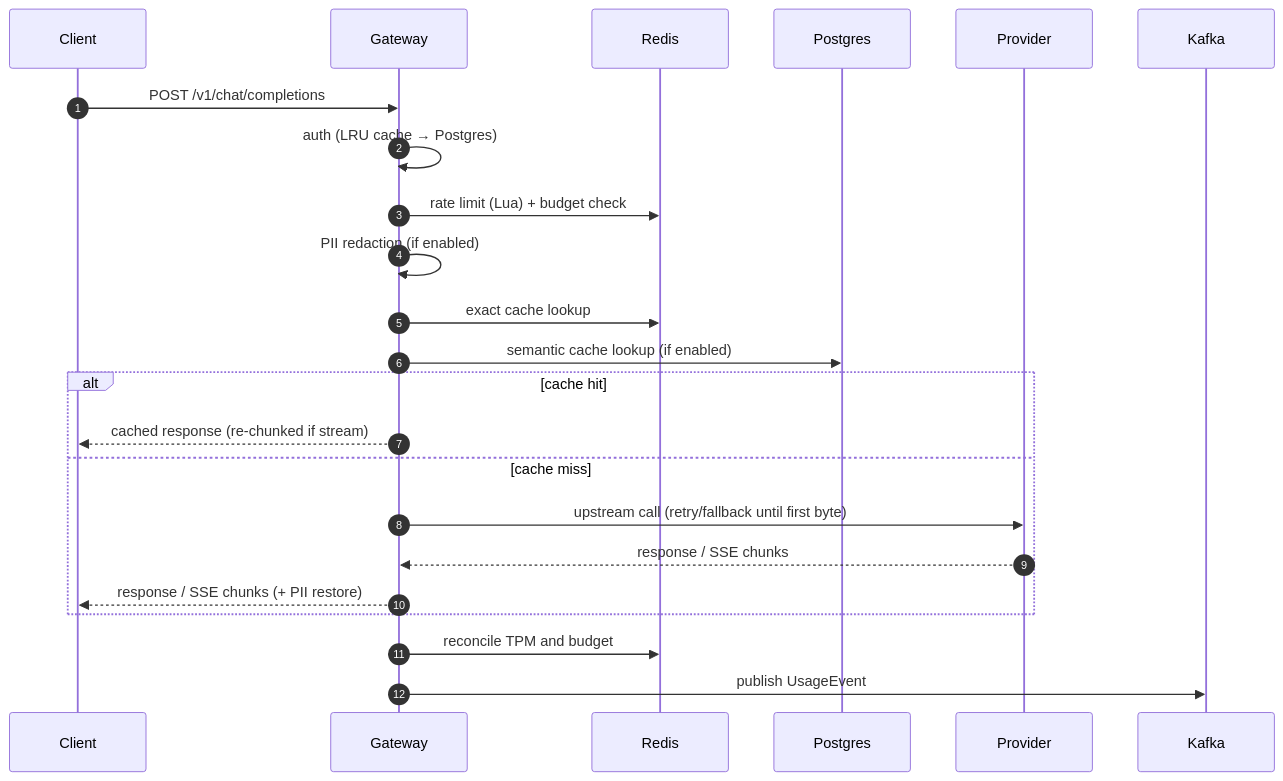
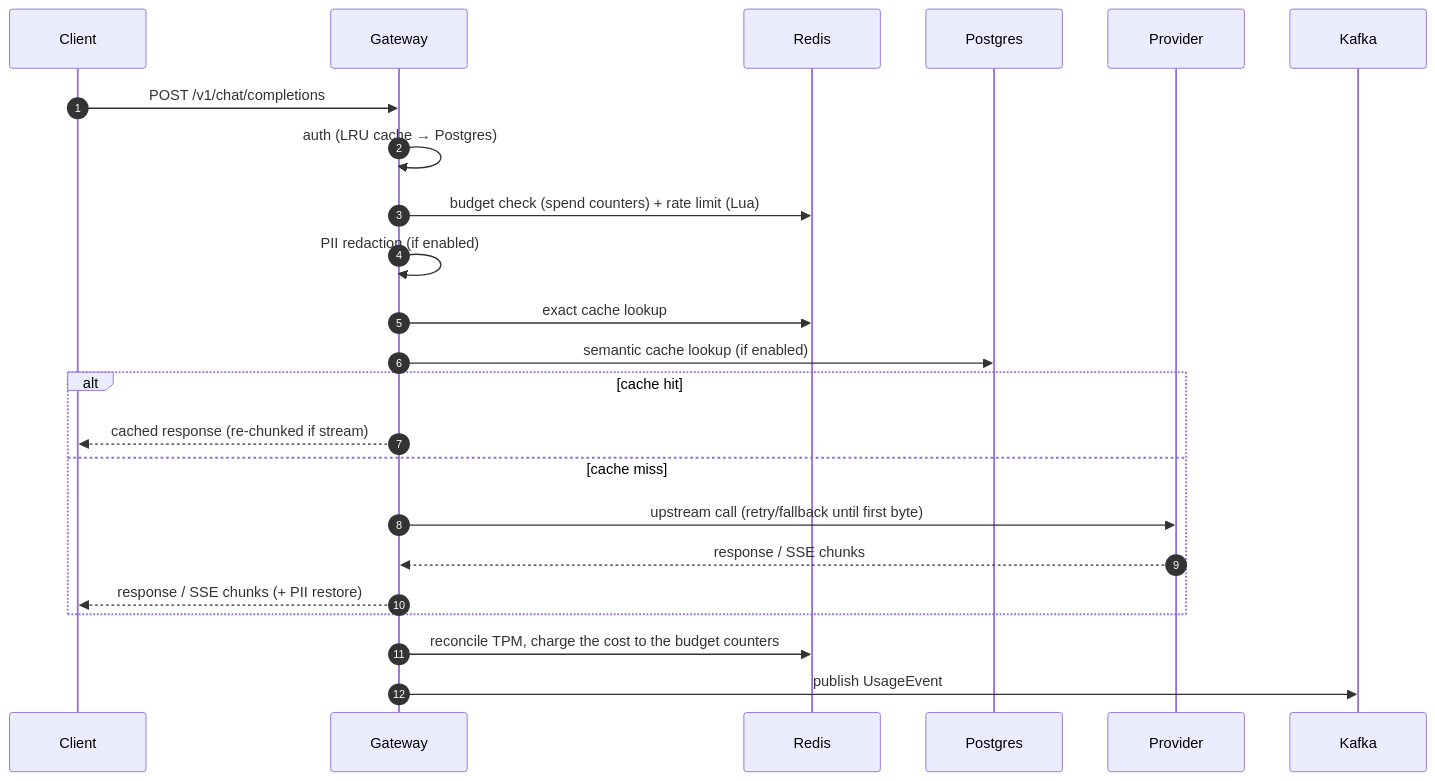
One commit to thisanches07/switchyard changed the second of 2 diagrams in docs/architecture.md. Above: the diagram before and after it, drawn with Mermaid. The commit also changed other lines of this file and 5 other files, not shown here.

Commit message:
docs(budgets): budgets guide, README, threat model, architecture and verification [spec-007]

````diff
--- a/docs/architecture.md
+++ b/docs/architecture.md
@@ -31,26 +31,26 @@
 ```mermaid
 sequenceDiagram
   autonumber
   participant C as Client
   participant G as Gateway
   participant R as Redis
   participant D as Postgres
   participant P as Provider
   participant K as Kafka
 
   C->>G: POST /v1/chat/completions
   G->>G: auth (LRU cache → Postgres)
-  G->>R: rate limit (Lua) + budget check
+  G->>R: budget check (spend counters) + rate limit (Lua)
   G->>G: PII redaction (if enabled)
   G->>R: exact cache lookup
   G->>D: semantic cache lookup (if enabled)
   alt cache hit
     G-->>C: cached response (re-chunked if stream)
   else cache miss
     G->>P: upstream call (retry/fallback until first byte)
     P-->>G: response / SSE chunks
     G-->>C: response / SSE chunks (+ PII restore)
   end
-  G->>R: reconcile TPM and budget
+  G->>R: reconcile TPM, charge the cost to the budget counters
   G->>K: publish UsageEvent
 ```
````
